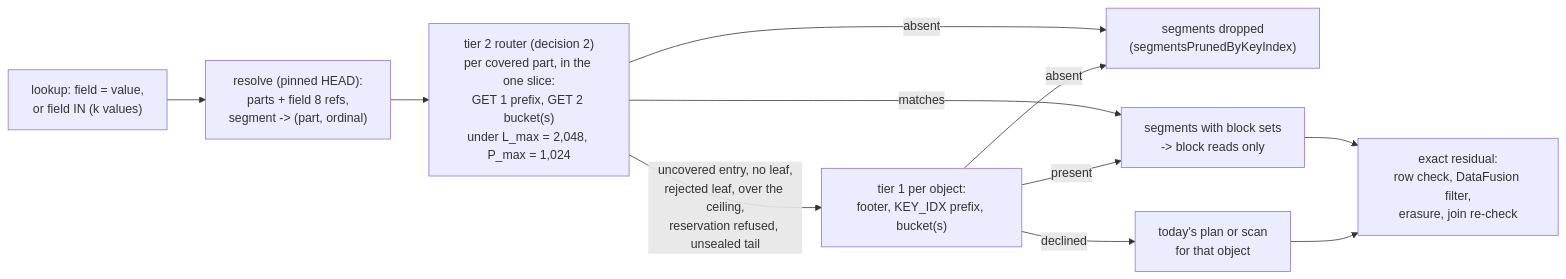
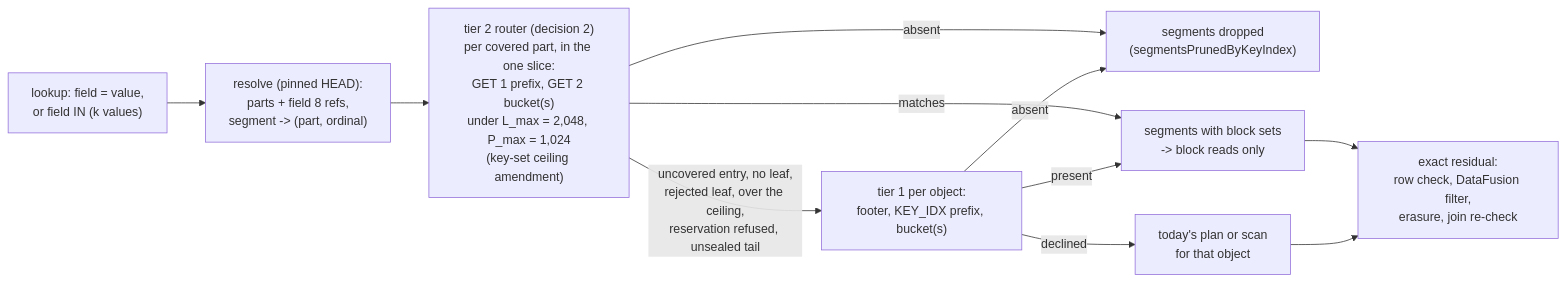
The diagram in docs/adrs/3692-selective-investigations-logs-traces.md (NOFireAI/ravel), drawn with Mermaid before and after one commit. The commit also changed other lines of this file and 3 other files, not shown here.

````diff
--- a/docs/adrs/3692-selective-investigations-logs-traces.md
+++ b/docs/adrs/3692-selective-investigations-logs-traces.md
@@ -156,13 +156,13 @@
 ```mermaid
 flowchart LR
   Q["lookup: field = value,<br/>or field IN (k values)"] --> R["resolve (pinned HEAD):<br/>parts + field 8 refs,<br/>segment -> (part, ordinal)"]
-  R --> T2["tier 2 router (decision 2)<br/>per covered part, in the one slice:<br/>GET 1 prefix, GET 2 bucket(s)<br/>under L_max = 2,048, P_max = 1,024"]
+  R --> T2["tier 2 router (decision 2)<br/>per covered part, in the one slice:<br/>GET 1 prefix, GET 2 bucket(s)<br/>under L_max = 2,048, P_max = 1,024<br/>(key-set ceiling amendment)"]
   T2 -->|"absent"| D["segments dropped<br/>(segmentsPrunedByKeyIndex)"]
   T2 -->|"matches"| B["segments with block sets<br/>-> block reads only"]
   T2 -->|"uncovered entry, no leaf,<br/>rejected leaf, over the ceiling,<br/>reservation refused, unsealed tail"| T1["tier 1 per object:<br/>footer, KEY_IDX prefix, bucket(s)"]
   T1 -->|"absent"| D
   T1 -->|"present"| B
   T1 -->|"declined"| S["today's plan or scan<br/>for that object"]
   B --> X["exact residual:<br/>row check, DataFusion filter,<br/>erasure, join re-check"]
   S --> X
 ```
````
